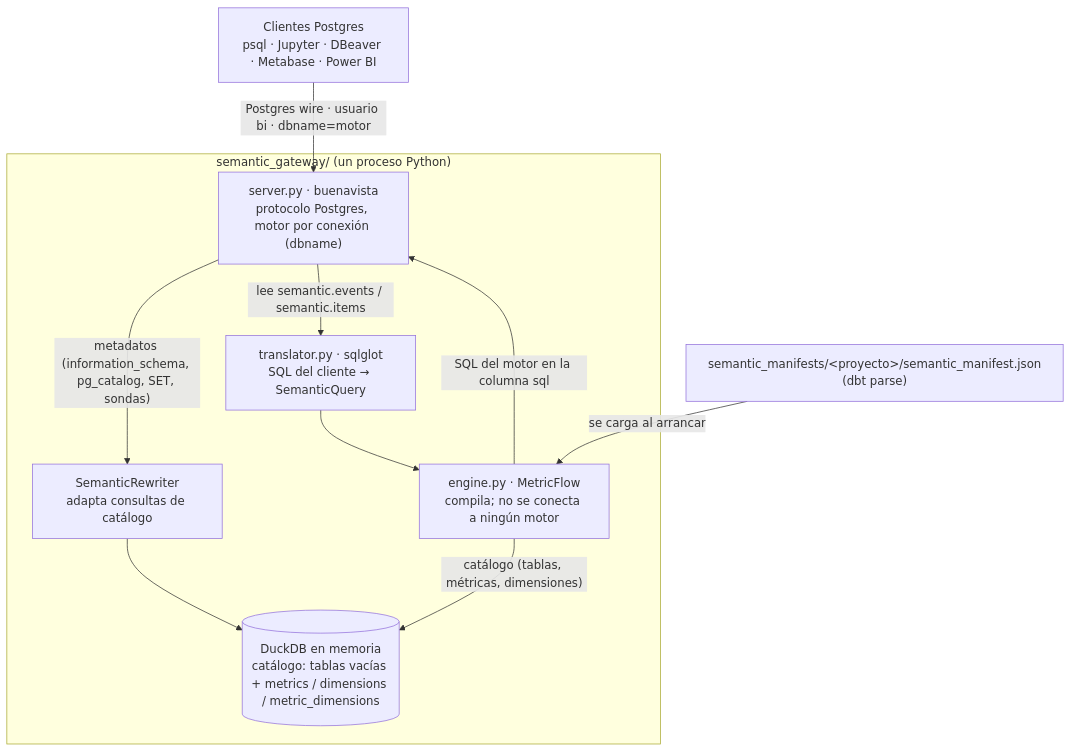
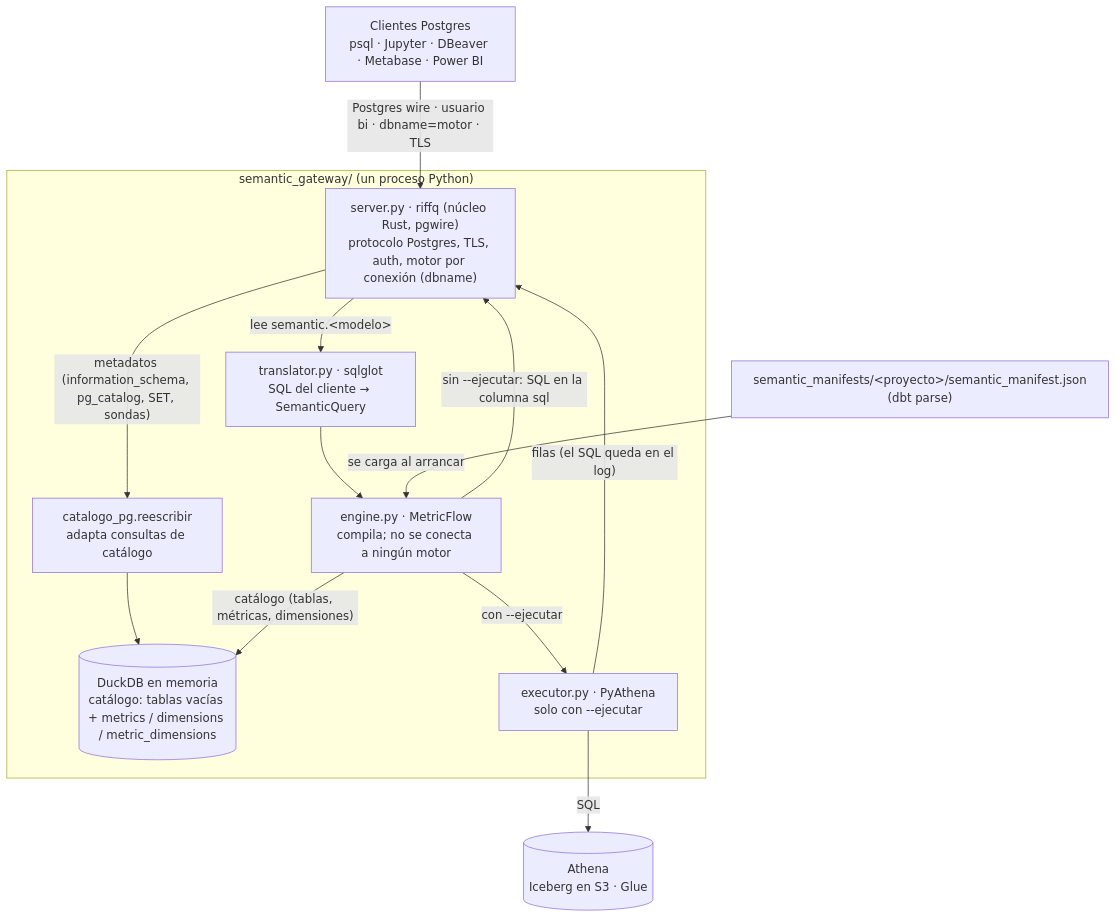
One commit to Rodarami/dbt-semantic-layer changed the diagram in docs/gateway_semantico.md. Above: the diagram before and after it, drawn with Mermaid. The commit also changed other lines of this file and 24 other files, not shown here.

````diff
--- a/docs/gateway_semantico.md
+++ b/docs/gateway_semantico.md
@@ -58,19 +65,23 @@
 ```mermaid
 flowchart TB
     C["Clientes Postgres<br/>psql · Jupyter · DBeaver · Metabase · Power BI"]
     subgraph GW["semantic_gateway/ (un proceso Python)"]
-        S["server.py · buenavista<br/>protocolo Postgres, motor por conexión (dbname)"]
-        R["SemanticRewriter<br/>adapta consultas de catálogo"]
+        S["server.py · riffq (núcleo Rust, pgwire)<br/>protocolo Postgres, TLS, auth, motor por conexión (dbname)"]
+        R["catalogo_pg.reescribir<br/>adapta consultas de catálogo"]
         D[("DuckDB en memoria<br/>catálogo: tablas vacías + metrics / dimensions / metric_dimensions")]
         T["translator.py · sqlglot<br/>SQL del cliente → SemanticQuery"]
         E["engine.py · MetricFlow<br/>compila; no se conecta a ningún motor"]
+        X["executor.py · PyAthena<br/>solo con --ejecutar"]
     end
     M["semantic_manifests/&lt;proyecto&gt;/semantic_manifest.json<br/>(dbt parse)"]
+    A[("Athena<br/>Iceberg en S3 · Glue")]
 
-    C -- "Postgres wire · usuario bi · dbname=motor" --> S
+    C -- "Postgres wire · usuario bi · dbname=motor · TLS" --> S
     S -- "metadatos (information_schema, pg_catalog, SET, sondas)" --> R --> D
-    S -- "lee semantic.events / semantic.items" --> T --> E
-    E -- "SQL del motor en la columna sql" --> S
+    S -- "lee semantic.&lt;modelo&gt;" --> T --> E
+    E -- "sin --ejecutar: SQL en la columna sql" --> S
+    E -- "con --ejecutar" --> X -- "SQL" --> A
+    X -- "filas (el SQL queda en el log)" --> S
     M -- "se carga al arrancar" --> E
     E -- "catálogo (tablas, métricas, dimensiones)" --> D
 ```
````
